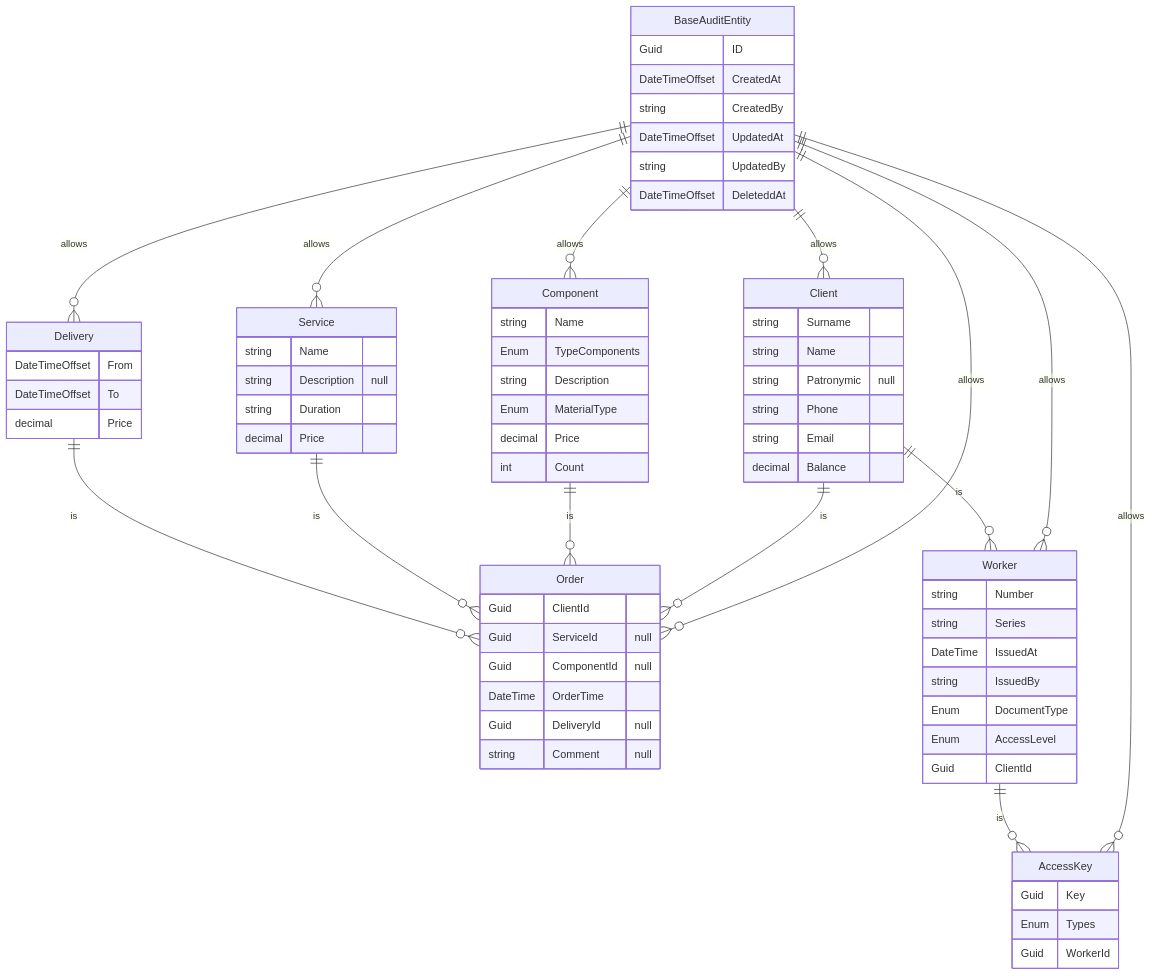
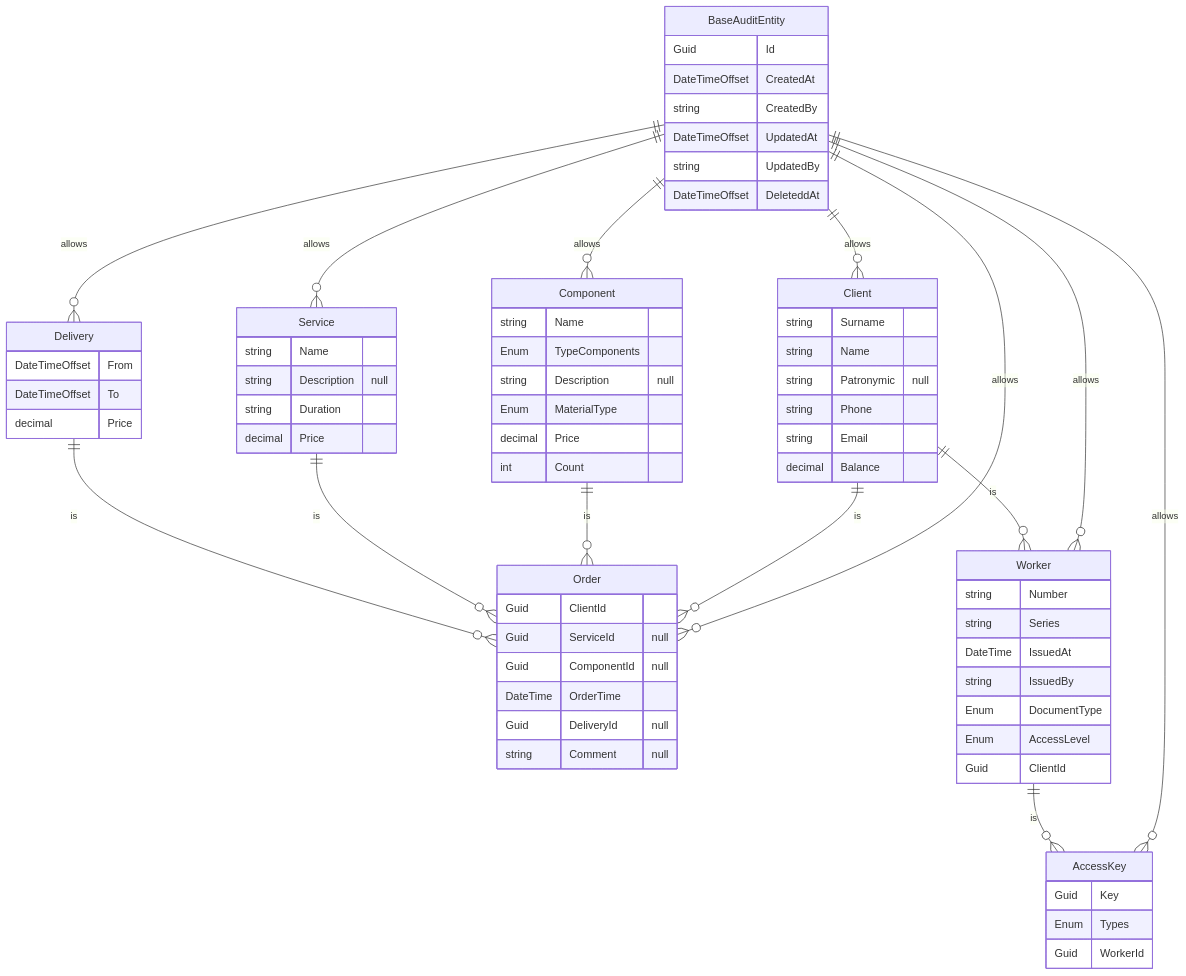
The diagram in README.md (SlavaNik16/Accessories_PC_Nik_Api), drawn with Mermaid before and after one commit.

````diff
--- a/README.md
+++ b/README.md
@@ -25,80 +25,80 @@
 ```mermaid
 erDiagram
 
     BaseAuditEntity {
-        Guid ID
+        Guid Id
         DateTimeOffset CreatedAt
         string CreatedBy
         DateTimeOffset UpdatedAt
         string UpdatedBy
         DateTimeOffset DeleteddAt
     }
 
     AccessKey {
         Guid Key
         Enum Types
         Guid WorkerId
     }
 
     Client {
         string Surname
         string Name
         string Patronymic "null"
         string Phone
         string Email
         decimal Balance
     }
 
     Component {
         string Name
         Enum TypeComponents
-        string Description
+        string Description "null"
         Enum MaterialType
         decimal Price
         int Count
     }
 
      Delivery {
         DateTimeOffset From
         DateTimeOffset To
         decimal Price
     }
 
     Order {
         Guid ClientId
         Guid ServiceId "null"
         Guid ComponentId "null"
         DateTime OrderTime
         Guid DeliveryId "null"
         string Comment "null"
     }
     Service {
         string Name
         string Description "null"
         string Duration
         decimal Price
     }
     Worker {
         string Number
         string Series
         DateTime IssuedAt
         string IssuedBy
         Enum DocumentType
         Enum AccessLevel
         Guid ClientId
     }
     Delivery ||--o{ Order: is
     Service ||--o{ Order: is
     Component ||--o{ Order: is
     Client ||--o{ Order: is
     Client ||--o{ Worker: is
     Worker ||--o{ AccessKey: is
 
     BaseAuditEntity ||--o{ Delivery: allows
     BaseAuditEntity ||--o{ Service: allows
     BaseAuditEntity ||--o{ Component: allows
     BaseAuditEntity ||--o{ Worker: allows
     BaseAuditEntity ||--o{ Order: allows
     BaseAuditEntity ||--o{ AccessKey: allows
     BaseAuditEntity ||--o{ Client: allows
  ```
````
